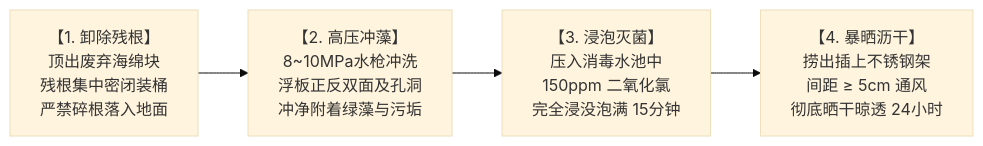
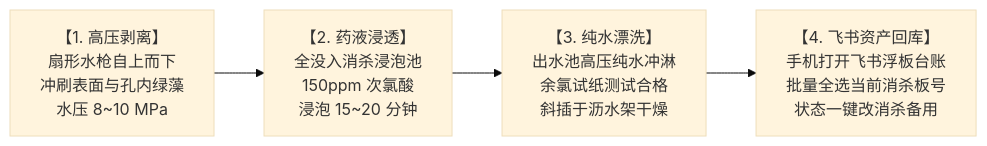
The diagram in docs/04_subsystems/02_hydroponics/sop_kanban/KB-06_浮板高压清洗与三级消杀工位看板.md (digitalboy/aquaponics), drawn with Mermaid (base theme) before and after one commit. The commit also changed other lines of this file and 9 other files, not shown here.

````diff
--- a/docs/04_subsystems/02_hydroponics/sop_kanban/KB-06_浮板高压清洗与三级消杀工位看板.md
+++ b/docs/04_subsystems/02_hydroponics/sop_kanban/KB-06_浮板高压清洗与三级消杀工位看板.md
@@ -21,5 +21,5 @@
 ```mermaid
 flowchart LR
-    A["【1. 卸除残根】<br>顶出废弃海绵块<br>残根集中密闭装桶<br>严禁碎根落入地面"] --> B["【2. 高压冲藻】<br>8~10MPa水枪冲洗<br>浮板正反双面及孔洞<br>冲净附着绿藻与污垢"]
-    B --> C["【3. 浸泡灭菌】<br>压入消毒水池中<br>150ppm 二氧化氯<br>完全浸没泡满 15分钟"] --> D["【4. 暴晒沥干】<br>捞出插上不锈钢架<br>间距 ≥ 5cm 通风<br>彻底晒干晾透 24小时"]
+    A["【1. 高压剥离】<br>扇形水枪自上而下<br>冲刷表面与孔内绿藻<br>水压 8~10 MPa"] --> B["【2. 药液浸透】<br>全没入消杀浸泡池<br>150ppm 次氯酸<br>浸泡 15~20 分钟"]
+    B --> C["【3. 纯水漂洗】<br>出水池高压纯水冲淋<br>余氯试纸测试合格<br>斜插于沥水架干燥"] --> D["【4. 飞书资产回库】<br>手机打开飞书浮板台账<br>批量全选当前消杀板号<br>状态一键改消杀备用"]
 ```
````
